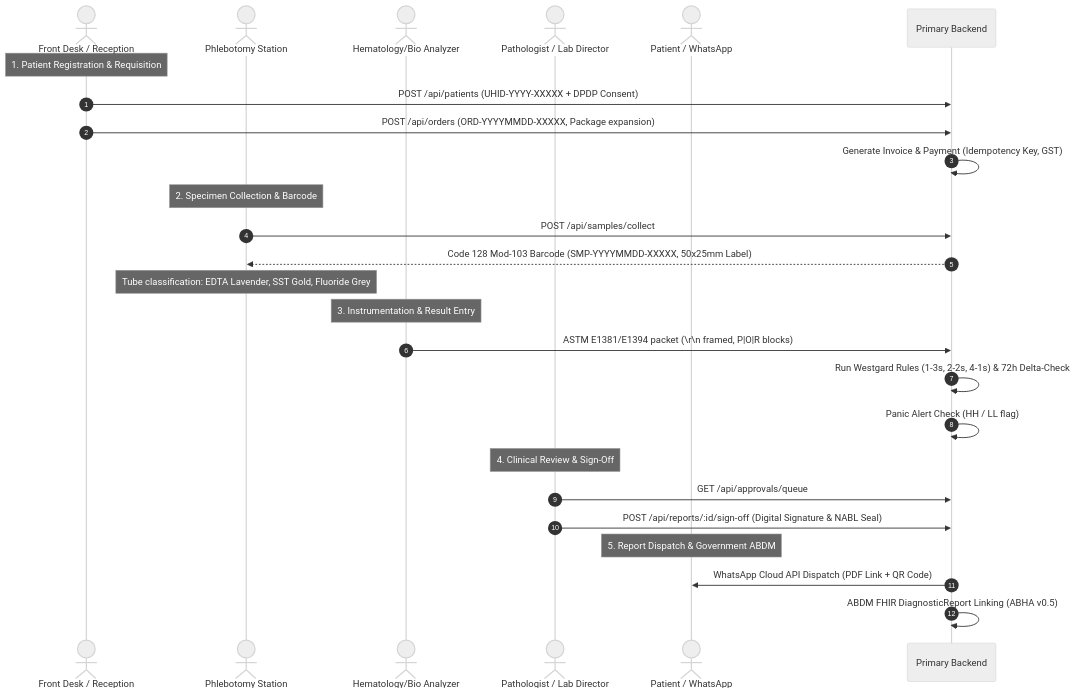
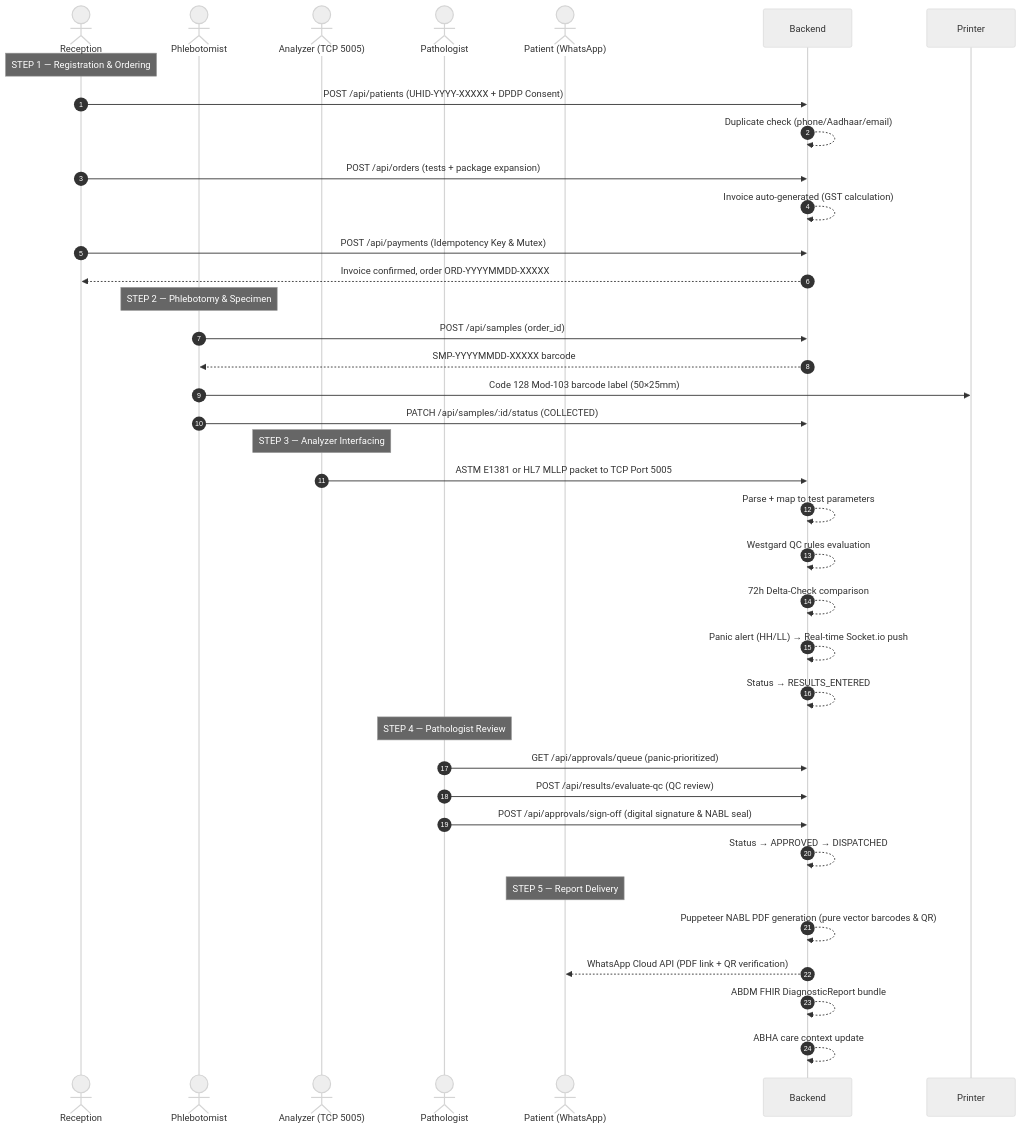
Before and after one commit to rekhapanchal2345-sys/NIKIL-LABCORE-ELIS-OS: the diagram in ARCHITECTURE.md, drawn with Mermaid (neutral theme). The commit also changed other lines of this file and 205 other files, not shown here.

````diff
--- a/ARCHITECTURE.md
+++ b/ARCHITECTURE.md
@@ -77,32 +294,43 @@
 ```mermaid
 sequenceDiagram
     autonumber
-    actor Receptionist as Front Desk / Reception
-    actor Phlebotomist as Phlebotomy Station
-    actor Analyzer as Hematology/Bio Analyzer
-    actor Pathologist as Pathologist / Lab Director
-    actor Patient as Patient / WhatsApp
+    actor R as Reception
+    actor P as Phlebotomist
+    actor A as Analyzer (TCP 5005)
+    actor PT as Pathologist
+    actor PX as Patient (WhatsApp)
 
-    Note over Receptionist: 1. Patient Registration & Requisition
-    Receptionist->>Primary Backend: POST /api/patients (UHID-YYYY-XXXXX + DPDP Consent)
-    Receptionist->>Primary Backend: POST /api/orders (ORD-YYYYMMDD-XXXXX, Package expansion)
-    Primary Backend->>Primary Backend: Generate Invoice & Payment (Idempotency Key, GST)
+    Note over R: STEP 1 — Registration & Ordering
+    R->>Backend: POST /api/patients (UHID-YYYY-XXXXX + DPDP Consent)
+    Backend-->>Backend: Duplicate check (phone/Aadhaar/email)
+    R->>Backend: POST /api/orders (tests + package expansion)
+    Backend-->>Backend: Invoice auto-generated (GST calculation)
+    R->>Backend: POST /api/payments (Idempotency Key & Mutex)
+    Backend-->>R: Invoice confirmed, order ORD-YYYYMMDD-XXXXX
 
-    Note over Phlebotomist: 2. Specimen Collection & Barcode
-    Phlebotomist->>Primary Backend: POST /api/samples/collect
-    Primary Backend-->>Phlebotomist: Code 128 Mod-103 Barcode (SMP-YYYYMMDD-XXXXX, 50x25mm Label)
-    Note over Phlebotomist: Tube classification: EDTA Lavender, SST Gold, Fluoride Grey
+    Note over P: STEP 2 — Phlebotomy & Specimen
+    P->>Backend: POST /api/samples (order_id)
+    Backend-->>P: SMP-YYYYMMDD-XXXXX barcode
+    P->>Printer: Code 128 Mod-103 barcode label (50×25mm)
+    P->>Backend: PATCH /api/samples/:id/status (COLLECTED)
 
-    Note over Analyzer: 3. Instrumentation & Result Entry
-    Analyzer->>Primary Backend: ASTM E1381/E1394 packet (\r\n framed, P|O|R blocks)
-    Primary Backend->>Primary Backend: Run Westgard Rules (1-3s, 2-2s, 4-1s) & 72h Delta-Check
-    Primary Backend->>Primary Backend: Panic Alert Check (HH / LL flag)
+    Note over A: STEP 3 — Analyzer Interfacing
+    A->>Backend: ASTM E1381 or HL7 MLLP packet to TCP Port 5005
+    Backend-->>Backend: Parse + map to test parameters
+    Backend-->>Backend: Westgard QC rules evaluation
+    Backend-->>Backend: 72h Delta-Check comparison
+    Backend-->>Backend: Panic alert (HH/LL) → Real-time Socket.io push
+    Backend-->>Backend: Status → RESULTS_ENTERED
 
-    Note over Pathologist: 4. Clinical Review & Sign-Off
-    Pathologist->>Primary Backend: GET /api/approvals/queue
-    Pathologist->>Primary Backend: POST /api/reports/:id/sign-off (Digital Signature & NABL Seal)
+    Note over PT: STEP 4 — Pathologist Review
+    PT->>Backend: GET /api/approvals/queue (panic-prioritized)
+    PT->>Backend: POST /api/results/evaluate-qc (QC review)
+    PT->>Backend: POST /api/approvals/sign-off (digital signature & NABL seal)
+    Backend-->>Backend: Status → APPROVED → DISPATCHED
 
-    Note over Patient: 5. Report Dispatch & Government ABDM
-    Primary Backend->>Patient: WhatsApp Cloud API Dispatch (PDF Link + QR Code)
-    Primary Backend->>Primary Backend: ABDM FHIR DiagnosticReport Linking (ABHA v0.5)
+    Note over PX: STEP 5 — Report Delivery
+    Backend-->>Backend: Puppeteer NABL PDF generation (pure vector barcodes & QR)
+    Backend-->>PX: WhatsApp Cloud API (PDF link + QR verification)
+    Backend-->>Backend: ABDM FHIR DiagnosticReport bundle
+    Backend-->>Backend: ABHA care context update
 ```
````
